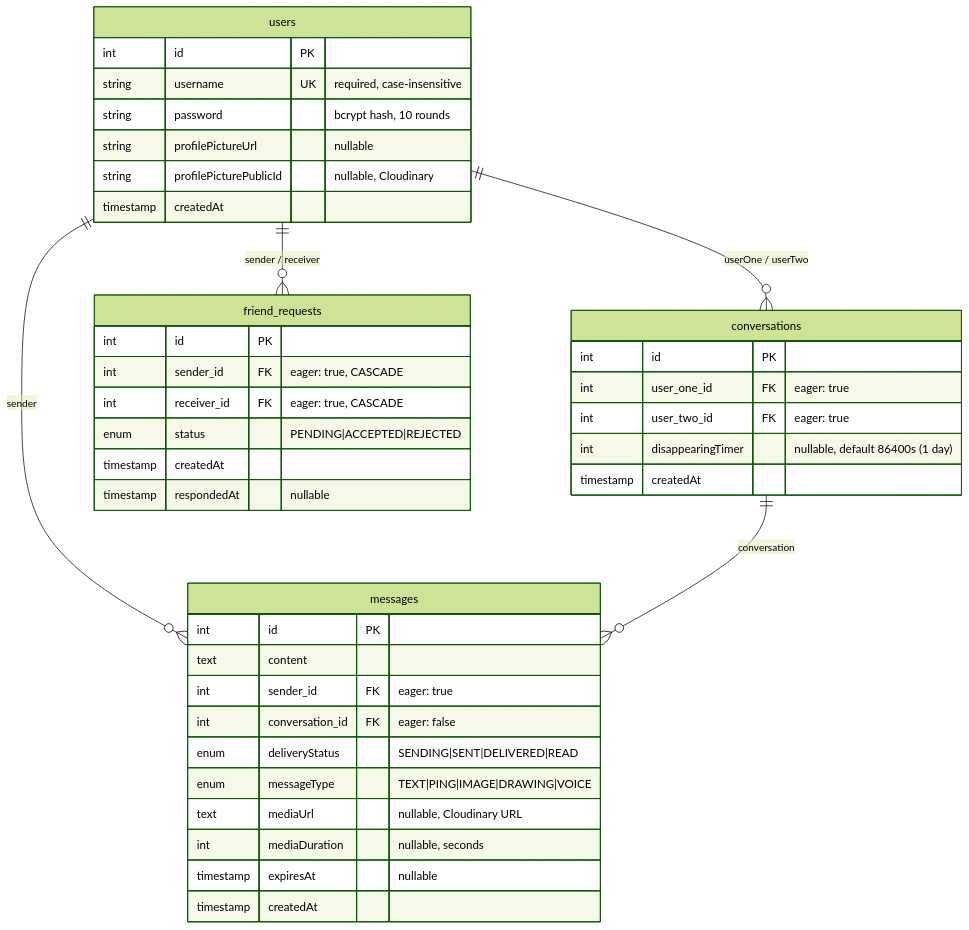
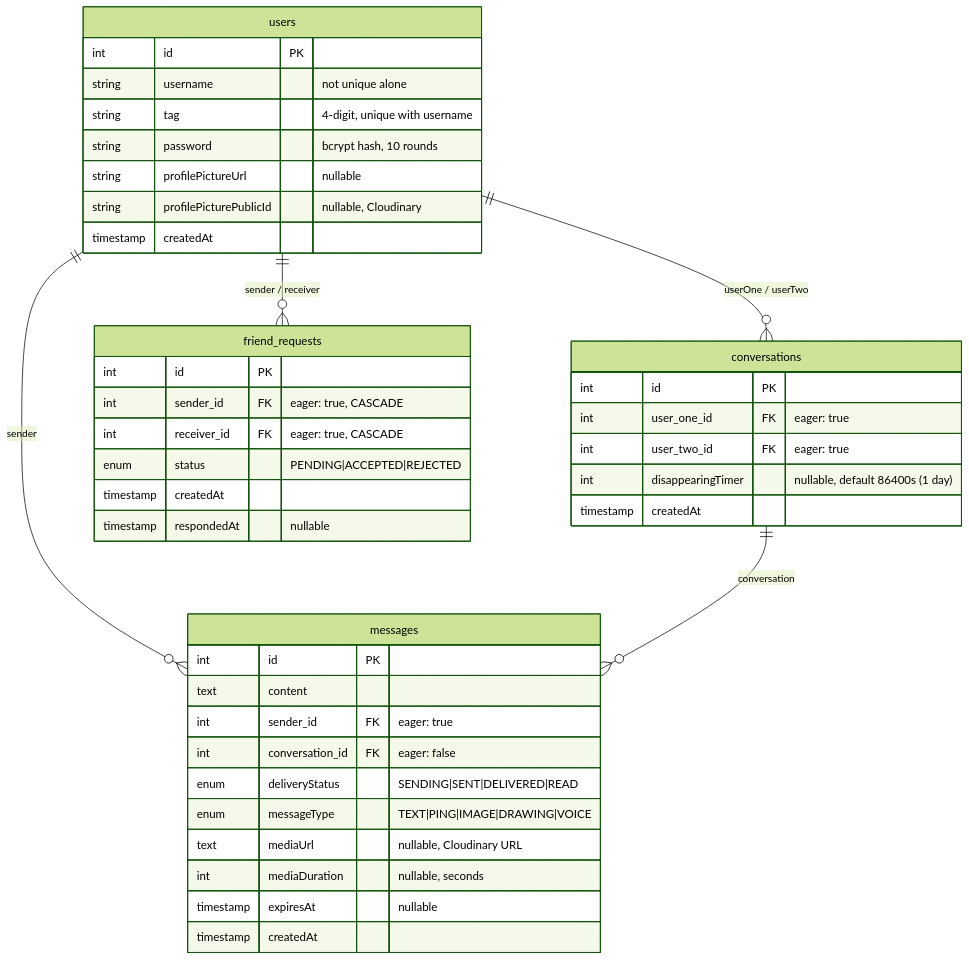
One commit to Lentach/mvp-chat-app changed the second of 3 diagrams in CLAUDE.md. Above: the diagram before and after it, drawn with Mermaid (forest theme). The commit also changed other lines of this file and 29 other files, not shown here.

First line of the commit message:
Username#tag feature, Add/Invitations screen fix, docs and tests

````diff
--- a/CLAUDE.md
+++ b/CLAUDE.md
@@ -72,46 +72,47 @@
 ```mermaid
 erDiagram
     users ||--o{ conversations : "userOne / userTwo"
     users ||--o{ messages : "sender"
     users ||--o{ friend_requests : "sender / receiver"
     conversations ||--o{ messages : "conversation"
 
     users {
         int id PK
-        string username UK "required, case-insensitive"
+        string username "not unique alone"
+        string tag "4-digit, unique with username"
         string password "bcrypt hash, 10 rounds"
         string profilePictureUrl "nullable"
         string profilePicturePublicId "nullable, Cloudinary"
         timestamp createdAt
     }
 
     conversations {
         int id PK
         int user_one_id FK "eager: true"
         int user_two_id FK "eager: true"
         int disappearingTimer "nullable, default 86400s (1 day)"
         timestamp createdAt
     }
 
     messages {
         int id PK
         text content
         int sender_id FK "eager: true"
         int conversation_id FK "eager: false"
         enum deliveryStatus "SENDING|SENT|DELIVERED|READ"
         enum messageType "TEXT|PING|IMAGE|DRAWING|VOICE"
         text mediaUrl "nullable, Cloudinary URL"
         int mediaDuration "nullable, seconds"
         timestamp expiresAt "nullable"
         timestamp createdAt
     }
 
     friend_requests {
         int id PK
         int sender_id FK "eager: true, CASCADE"
         int receiver_id FK "eager: true, CASCADE"
         enum status "PENDING|ACCEPTED|REJECTED"
         timestamp createdAt
         timestamp respondedAt "nullable"
     }
 ```
````
